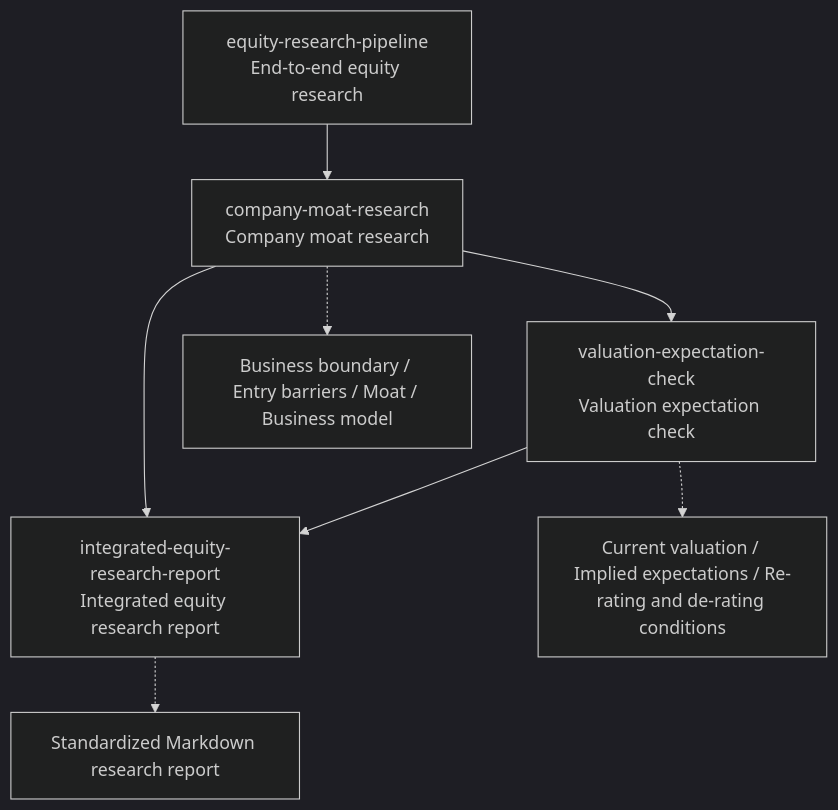
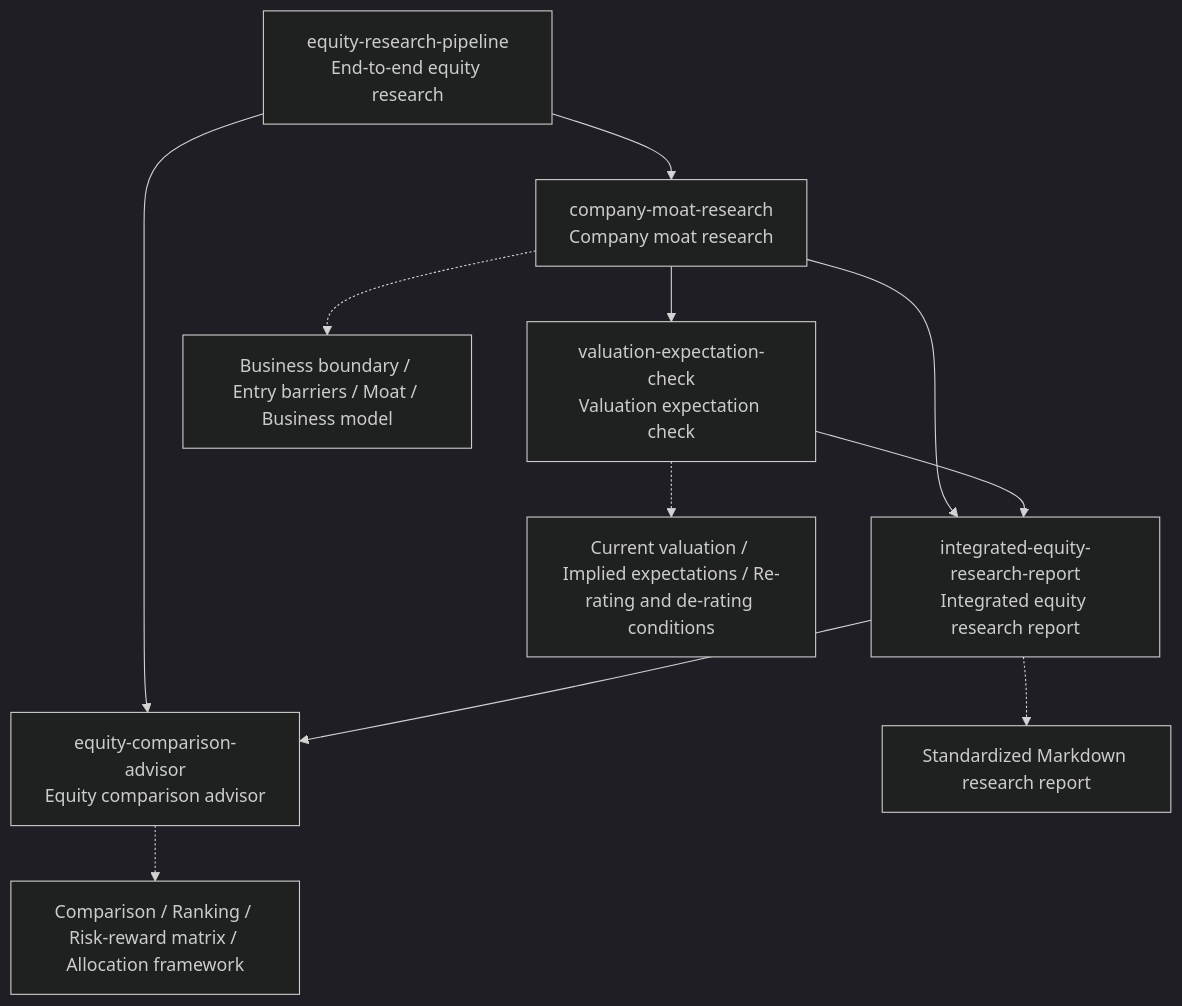
Before and after one commit to vampire-locker/investment-research-skills: the diagram in README.en.md, drawn with Mermaid (dark theme). The commit also changed other lines of this file and 4 other files, not shown here.

Commit message:
add equity comparison advisor skill

````diff
--- a/README.en.md
+++ b/README.en.md
@@ -67,11 +69,14 @@
 ```mermaid
 flowchart TD
     A["company-moat-research<br/>Company moat research"] --> B["valuation-expectation-check<br/>Valuation expectation check"]
     A --> C["integrated-equity-research-report<br/>Integrated equity research report"]
     B --> C
     P["equity-research-pipeline<br/>End-to-end equity research"] --> A
+    P --> G["equity-comparison-advisor<br/>Equity comparison advisor"]
+    C --> G
 
     A -.-> D["Business boundary / Entry barriers / Moat / Business model"]
     B -.-> E["Current valuation / Implied expectations / Re-rating and de-rating conditions"]
     C -.-> F["Standardized Markdown research report"]
+    G -.-> H["Comparison / Ranking / Risk-reward matrix / Allocation framework"]
 ```
````
